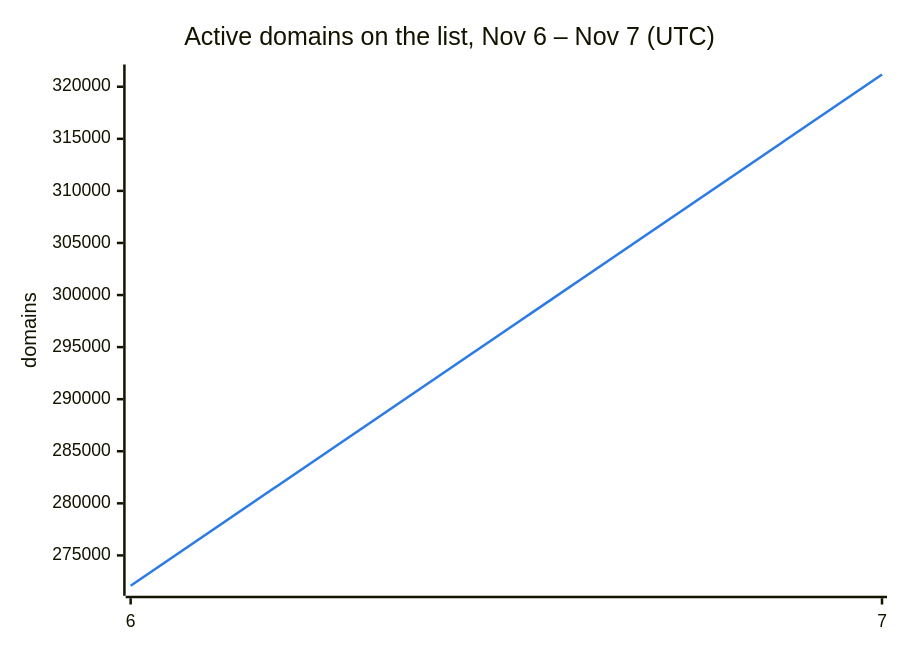
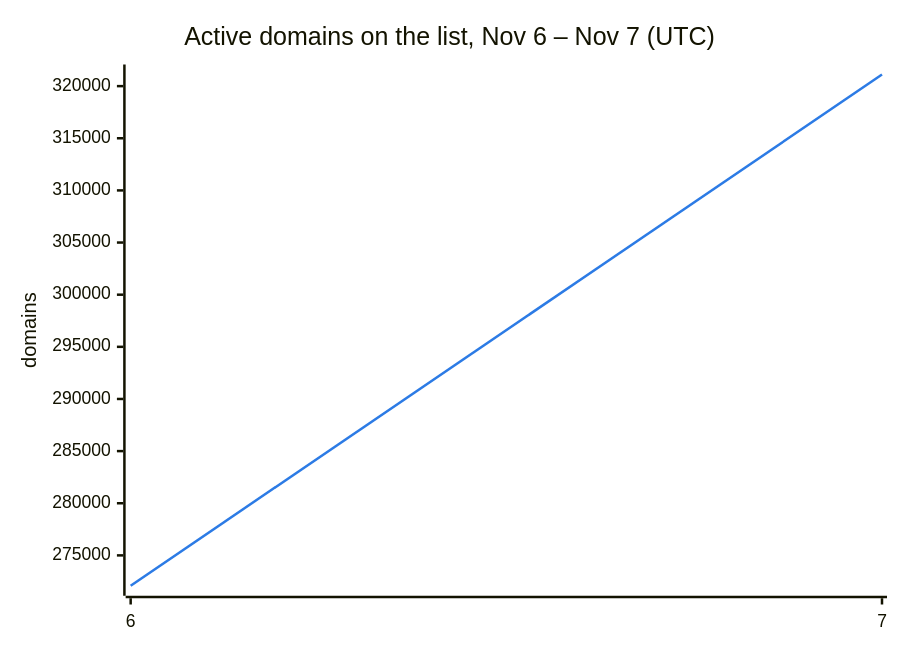
Before and after one commit to DNSBunker/CTI: the second of 3 diagrams in README.md, drawn with Mermaid. The commit also changed other lines of this file and 3 other files, not shown here.

````diff
--- a/README.md
+++ b/README.md
@@ -38,8 +38,8 @@
 ```mermaid
 %%{init: {"themeVariables": {"xyChart": {"plotColorPalette": "#2c7be5"}}}}%%
 xychart-beta
     title "Active domains on the list, Nov 6 – Nov 7 (UTC)"
     x-axis ["6", "7"]
     y-axis "domains"
-    line [272088, 321174]
+    line [272088, 321115]
 ```
````
